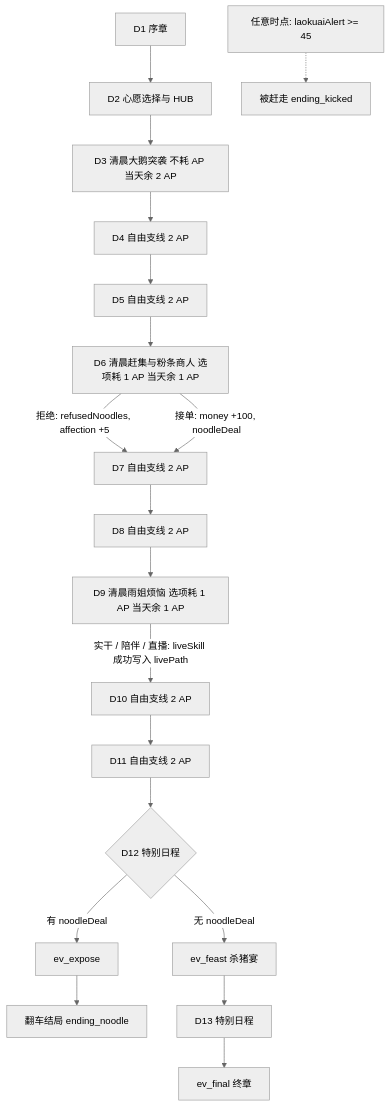
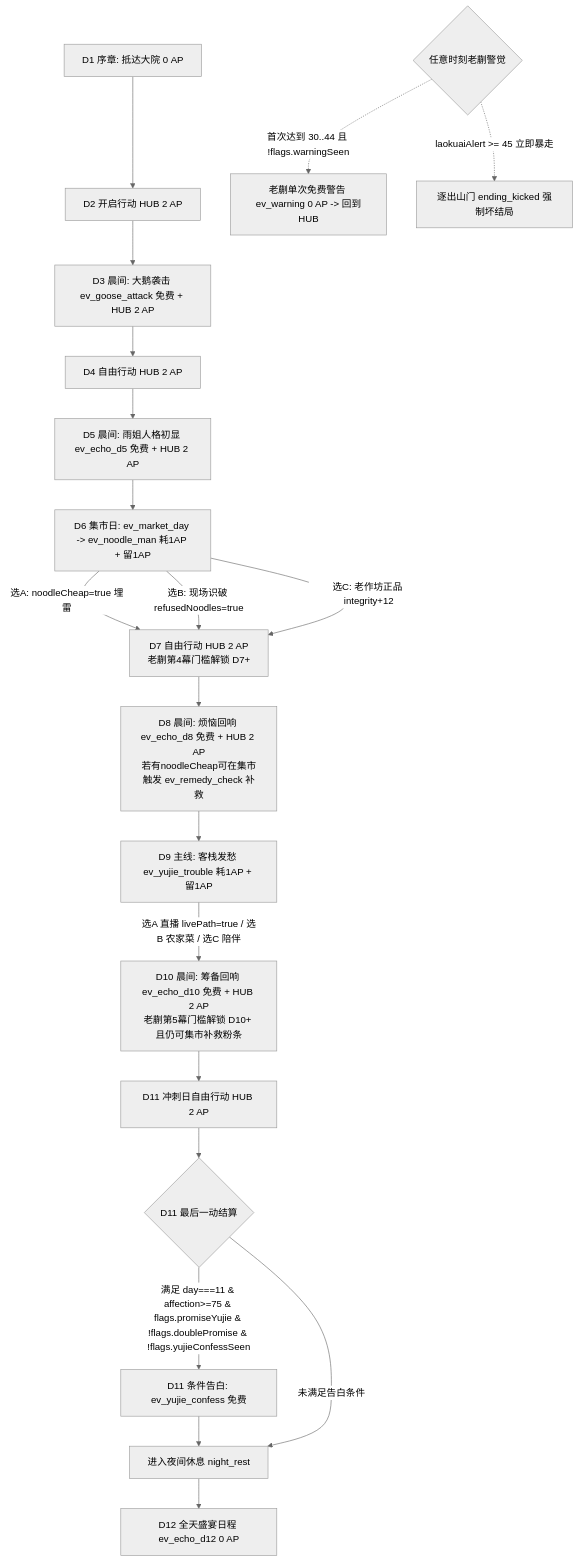
One commit to IwannaYuJie/web changed the first of 3 diagrams in docs/雨姐游戏流程图.md. Above: the diagram before and after it, drawn with Mermaid (neutral theme). The commit also changed other lines of this file and 38 other files, not shown here.

Commit message:
feat(yujie): 丰富 v2.4 分支并补齐独立配图

````diff
--- a/docs/雨姐游戏流程图.md
+++ b/docs/雨姐游戏流程图.md
@@ -7,20 +20,27 @@
 ```mermaid
 flowchart TD
-    D1[D1 序章] --> D2[D2 心愿选择与 HUB]
-    D2 --> D3[D3 清晨大鹅突袭 不耗 AP 当天余 2 AP]
-    D3 --> D4[D4 自由支线 2 AP]
-    D4 --> D5[D5 自由支线 2 AP]
-    D5 --> D6[D6 清晨赶集与粉条商人 选项耗 1 AP 当天余 1 AP]
-    D6 -->|拒绝: refusedNoodles, affection +5| D7[D7 自由支线 2 AP]
-    D6 -->|接单: money +100, noodleDeal| D7
-    D7 --> D8[D8 自由支线 2 AP]
-    D8 --> D9[D9 清晨雨姐烦恼 选项耗 1 AP 当天余 1 AP]
-    D9 -->|实干 / 陪伴 / 直播: liveSkill 成功写入 livePath| D10[D10 自由支线 2 AP]
-    D10 --> D11[D11 自由支线 2 AP]
-    D11 --> D12_Check{D12 特别日程}
-    D12_Check -->|有 noodleDeal| ev_expose[ev_expose] --> ending_noodle[翻车结局 ending_noodle]
-    D12_Check -->|无 noodleDeal| ev_feast[ev_feast 杀猪宴] --> D13_Check[D13 特别日程]
-    D13_Check --> ev_final[ev_final 终章]
+    D1[D1 序章: 抵达大院 0 AP] --> D2[D2 开启行动 HUB 2 AP]
+    D2 --> D3[D3 晨间: 大鹅袭击 ev_goose_attack 免费 + HUB 2 AP]
+    D3 --> D4[D4 自由行动 HUB 2 AP]
+    D4 --> D5[D5 晨间: 雨姐人格初显 ev_echo_d5 免费 + HUB 2 AP]
+    D5 --> D6[D6 集市日: ev_market_day -> ev_noodle_man 耗1AP + 留1AP]
 
-    GlobalAlert[任意时点: laokuaiAlert >= 45] -.-> ending_kicked[被赶走 ending_kicked]
+    D6 -->|选A: noodleCheap=true 埋雷| D7[D7 自由行动 HUB 2 AP<br/>老蒯第4幕门槛解锁 D7+]
+    D6 -->|选B: 现场识破 refusedNoodles=true| D7
+    D6 -->|选C: 老作坊正品 integrity+12| D7
+
+    D7 --> D8[D8 晨间: 烦恼回响 ev_echo_d8 免费 + HUB 2 AP<br/>若有noodleCheap可在集市触发 ev_remedy_check 补救]
+    D8 --> D9[D9 主线: 客栈发愁 ev_yujie_trouble 耗1AP + 留1AP]
+
+    D9 -->|选A 直播 livePath=true / 选B 农家菜 / 选C 陪伴| D10[D10 晨间: 筹备回响 ev_echo_d10 免费 + HUB 2 AP<br/>老蒯第5幕门槛解锁 D10+ 且仍可集市补救粉条]
+    D10 --> D11[D11 冲刺日自由行动 HUB 2 AP]
+
+    D11 --> D11_Confess_Check{D11 最后一动结算}
+    D11_Confess_Check -->|满足 day===11 & affection>=75 & flags.promiseYujie & !flags.doublePromise & !flags.yujieConfessSeen| ev_yujie_confess[D11 条件告白: ev_yujie_confess 免费] --> D11_Night[进入夜间休息 night_rest]
+    D11_Confess_Check -->|未满足告白条件| D11_Night
+
+    D11_Night --> D12_Schedule[D12 全天盛宴日程 ev_echo_d12 0 AP]
+
+    GlobalAlertCheck{任意时刻老蒯警觉} -.->|首次达到 30..44 且 !flags.warningSeen| ev_warning[老蒯单次免费警告 ev_warning 0 AP -> 回到HUB]
+    GlobalAlertCheck -.->|laokuaiAlert >= 45 立即暴走| ending_kicked[逐出山门 ending_kicked 强制坏结局]
 ```
````
